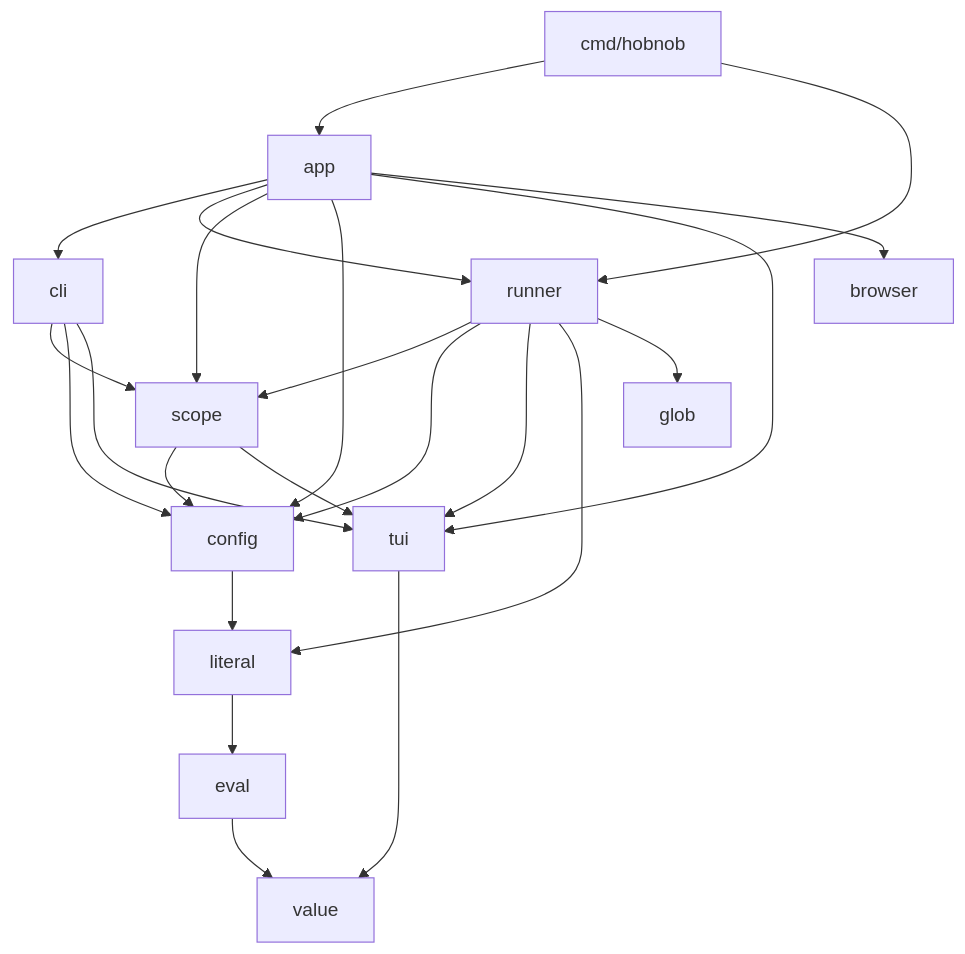
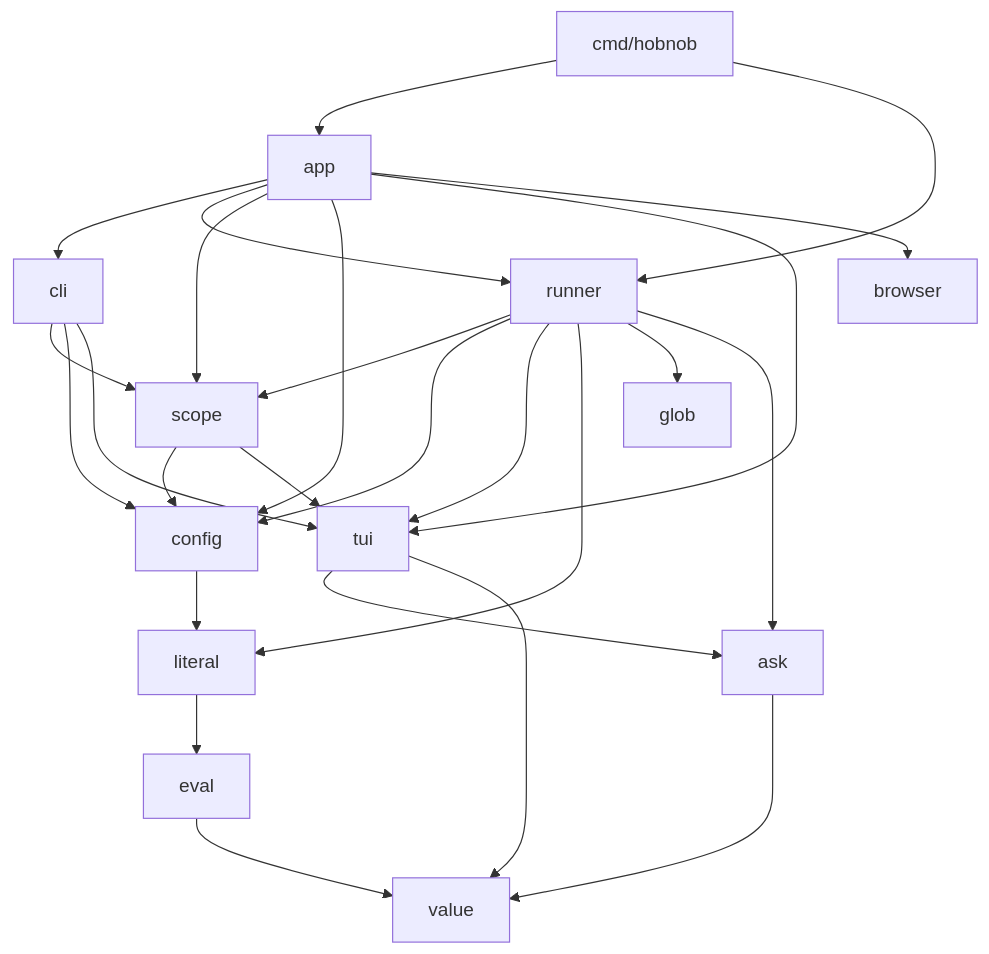
One commit to JakesMD/hobnob changed the first of 7 diagrams in ARCHITECTURE.md. Above: the diagram before and after it, drawn with Mermaid. The commit also changed other lines of this file and 15 other files, not shown here.

````diff
--- a/ARCHITECTURE.md
+++ b/ARCHITECTURE.md
@@ -100,25 +105,28 @@
 ```mermaid
 flowchart TD
     cmd[cmd/hobnob] --> app
     cmd --> runner
     app --> cli
     app --> runner
     app --> scope
     app --> config
     app --> tui
     app --> browser
     cli --> scope
     cli --> config
     cli --> tui
     runner --> scope
     runner --> config
     runner --> tui
     runner --> literal
     runner --> glob
+    runner --> ask
+    tui --> ask
+    ask --> value
     scope --> config
     scope --> tui
     config --> literal
     literal --> eval
     eval --> value
     tui --> value
 ```
````
